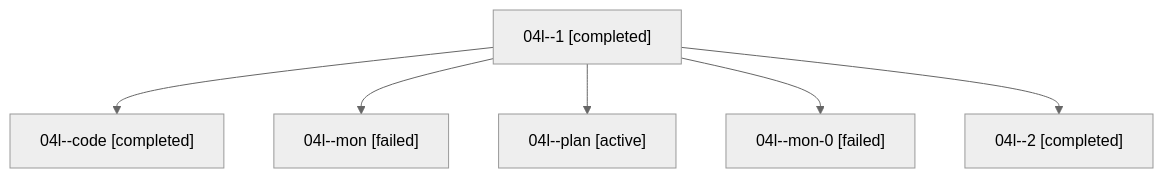
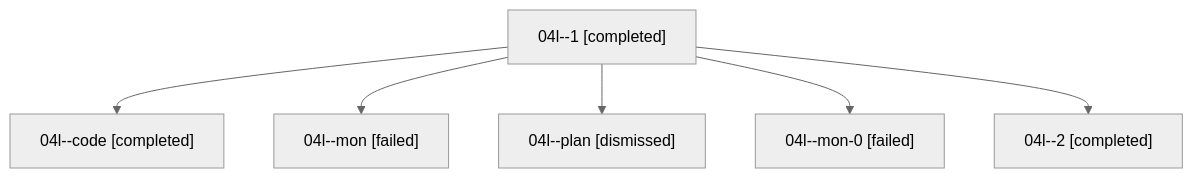
One commit to sase-org/sase--agents changed the diagram in sessions/bbugyi200.athena.04l.md. Above: the diagram before and after it, drawn with Mermaid (neutral theme). The commit also changed other lines of this file and 28 other files, not shown here.

````diff
--- a/sessions/bbugyi200.athena.04l.md
+++ b/sessions/bbugyi200.athena.04l.md
@@ -9,14 +9,14 @@
 ```mermaid
 flowchart TD
   n0["04l--1 [completed]"]
   n1["04l--code [completed]"]
   n0 --> n1
   n2["04l--mon [failed]"]
   n0 --> n2
-  n3["04l--plan [active]"]
+  n3["04l--plan [dismissed]"]
   n0 --> n3
   n4["04l--mon-0 [failed]"]
   n0 --> n4
   n5["04l--2 [completed]"]
   n0 --> n5
 ```
````
